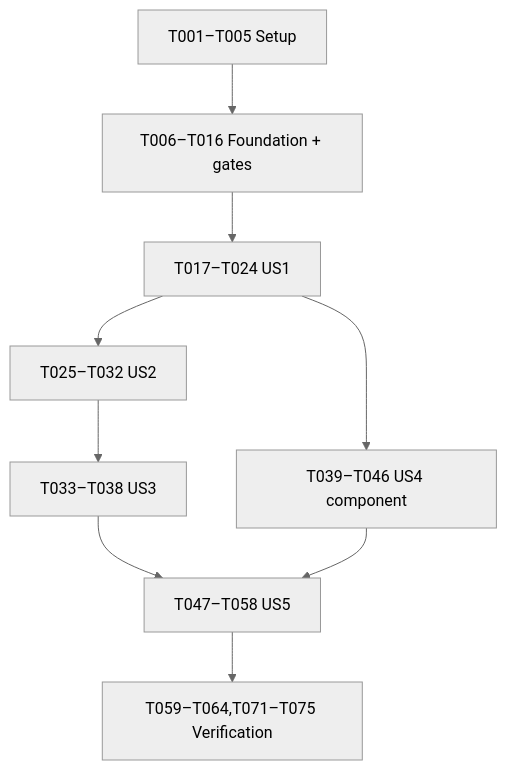
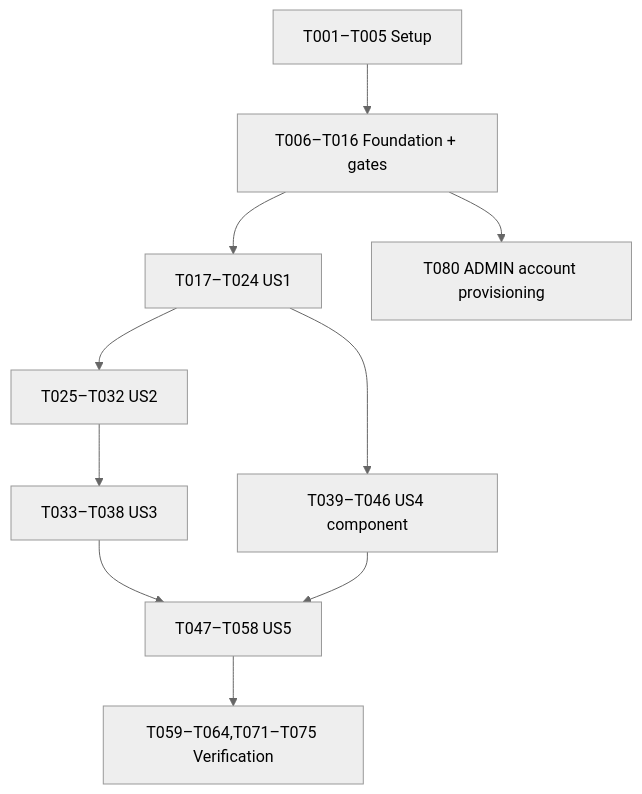
The diagram in specs/001-topic-registration/tasks.md (HuyDoDevv/student-topic-management), drawn with Mermaid (neutral theme) before and after one commit. The commit also changed other lines of this file and 29 other files, not shown here.

Commit message:
feat(admin): implement account provisioning workflow (T080)

````diff
--- a/specs/001-topic-registration/tasks.md
+++ b/specs/001-topic-registration/tasks.md
@@ -272,11 +280,12 @@
 ```mermaid
 flowchart TD
   S["T001–T005 Setup"] --> F["T006–T016 Foundation + gates"]
   F --> U1["T017–T024 US1"]
   U1 --> U2["T025–T032 US2"]
   U2 --> U3["T033–T038 US3"]
   U1 --> U4["T039–T046 US4 component"]
   U3 --> U5["T047–T058 US5"]
   U4 --> U5
   U5 --> P["T059–T064,T071–T075 Verification"]
+  F --> A["T080 ADMIN account provisioning"]
 ```
````
